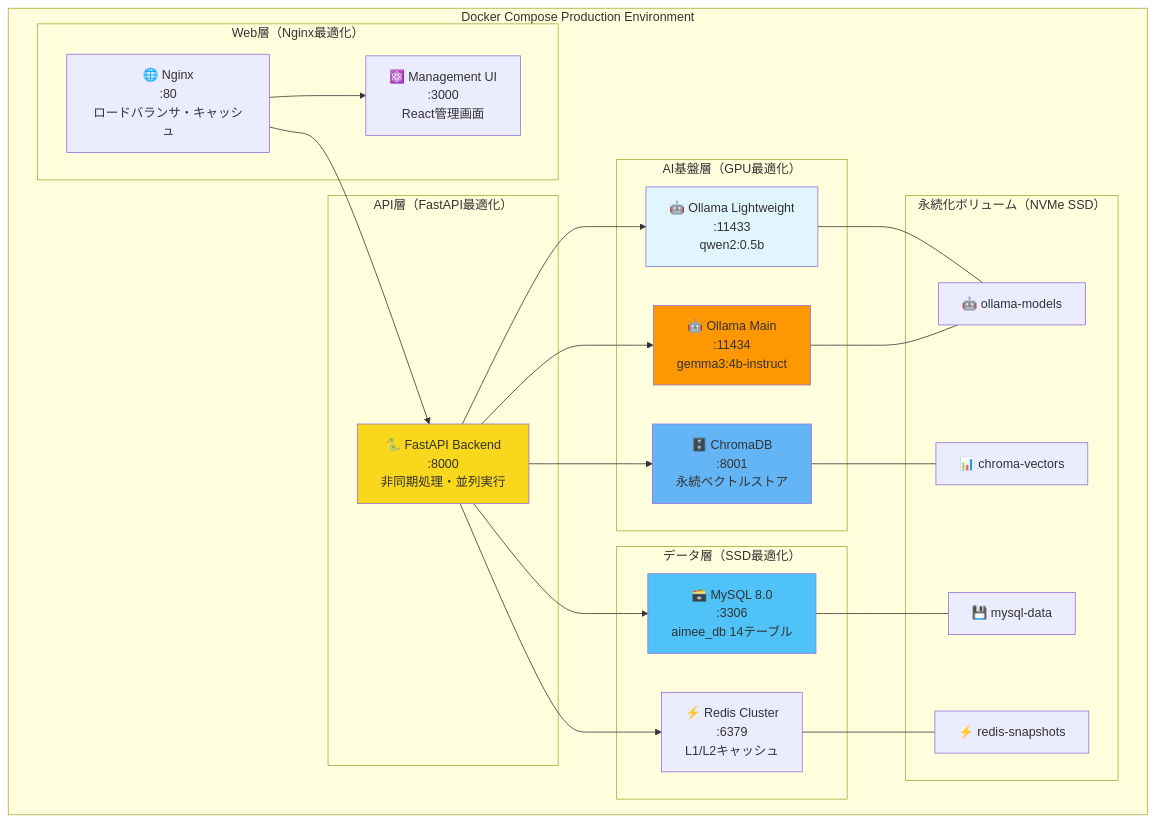
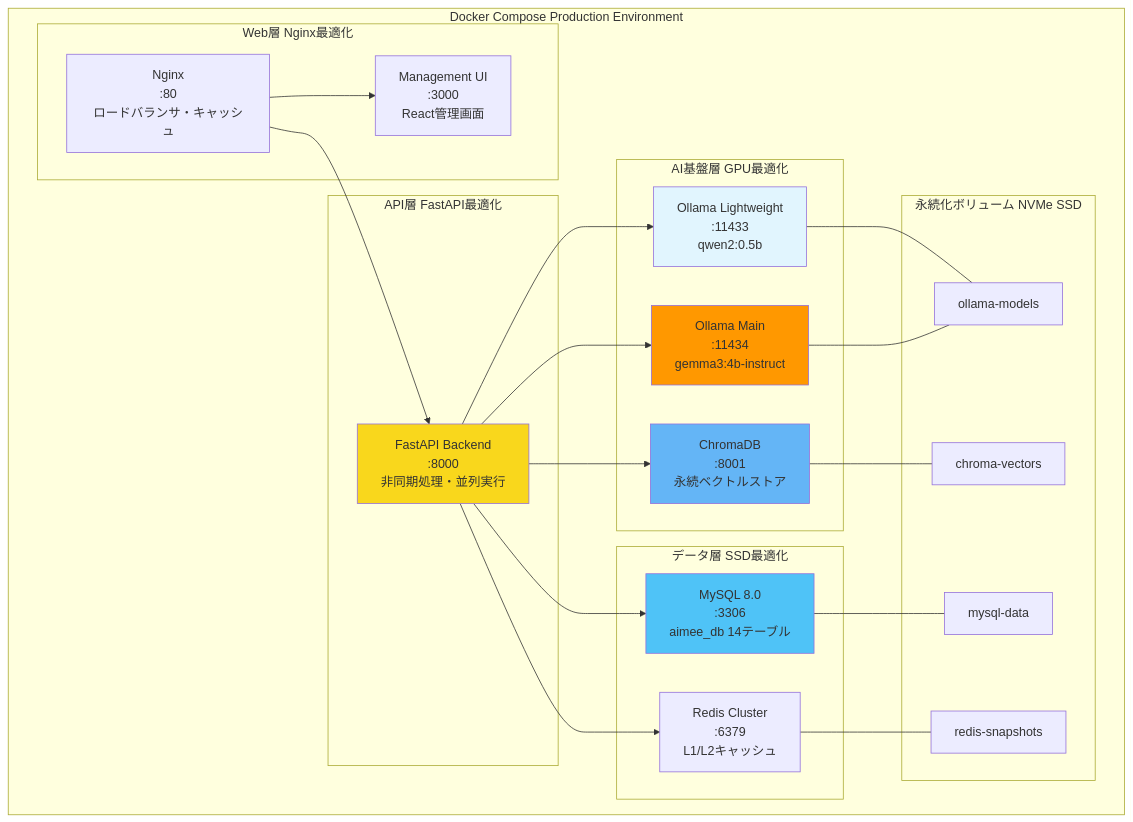
One commit to EraX-1/aimee-be changed the third of 3 diagrams in README.md. Above: the diagram before and after it, drawn with Mermaid. The commit also changed other lines of this file, not shown here.

````diff
--- a/README.md
+++ b/README.md
@@ -88,51 +92,51 @@
 ```mermaid
 graph TB
-    subgraph "Docker Compose Production Environment"
-        subgraph "Web層（Nginx最適化）"
-            Nginx[🌐 Nginx<br/>:80<br/>ロードバランサ・キャッシュ]
-            Frontend[⚛️ Management UI<br/>:3000<br/>React管理画面]
+    subgraph compose [Docker Compose Production Environment]
+        subgraph web [Web層 Nginx最適化]
+            Nginx[Nginx<br/>:80<br/>ロードバランサ・キャッシュ]
+            Frontend[Management UI<br/>:3000<br/>React管理画面]
         end
         
-        subgraph "API層（FastAPI最適化）"
-            Backend[🐍 FastAPI Backend<br/>:8000<br/>非同期処理・並列実行]
+        subgraph api [API層 FastAPI最適化]
+            Backend[FastAPI Backend<br/>:8000<br/>非同期処理・並列実行]
         end
         
-        subgraph "AI基盤層（GPU最適化）"
-            OllamaLight[🤖 Ollama Lightweight<br/>:11433<br/>qwen2:0.5b]
-            OllamaMain[🤖 Ollama Main<br/>:11434<br/>gemma3:4b-instruct]
-            ChromaDB[🗄️ ChromaDB<br/>:8001<br/>永続ベクトルストア]
+        subgraph ai [AI基盤層 GPU最適化]
+            OllamaLight[Ollama Lightweight<br/>:11433<br/>qwen2:0.5b]
+            OllamaMain[Ollama Main<br/>:11434<br/>gemma3:4b-instruct]
+            ChromaDB[ChromaDB<br/>:8001<br/>永続ベクトルストア]
         end
         
-        subgraph "データ層（SSD最適化）"
-            MySQL[🗃️ MySQL 8.0<br/>:3306<br/>aimee_db 14テーブル]
-            Redis[⚡ Redis Cluster<br/>:6379<br/>L1/L2キャッシュ]
+        subgraph data [データ層 SSD最適化]
+            MySQL[MySQL 8.0<br/>:3306<br/>aimee_db 14テーブル]
+            Redis[Redis Cluster<br/>:6379<br/>L1/L2キャッシュ]
         end
         
-        subgraph "永続化ボリューム（NVMe SSD）"
-            MySQLVol[💾 mysql-data]
-            ChromaVol[📊 chroma-vectors] 
-            OllamaVol[🤖 ollama-models]
-            RedisVol[⚡ redis-snapshots]
+        subgraph volume [永続化ボリューム NVMe SSD]
+            MySQLVol[mysql-data]
+            ChromaVol[chroma-vectors] 
+            OllamaVol[ollama-models]
+            RedisVol[redis-snapshots]
         end
     end
     
     Nginx --> Frontend
     Nginx --> Backend
     Backend --> OllamaLight
     Backend --> OllamaMain
     Backend --> ChromaDB
     Backend --> MySQL
     Backend --> Redis
     
     MySQL --- MySQLVol
     ChromaDB --- ChromaVol
     OllamaLight --- OllamaVol
     OllamaMain --- OllamaVol
     Redis --- RedisVol
     
     style Backend fill:#f9d71c
     style OllamaLight fill:#e1f5fe
     style OllamaMain fill:#ff9800
     style MySQL fill:#4fc3f7
     style ChromaDB fill:#64b5f6
 ```
````
